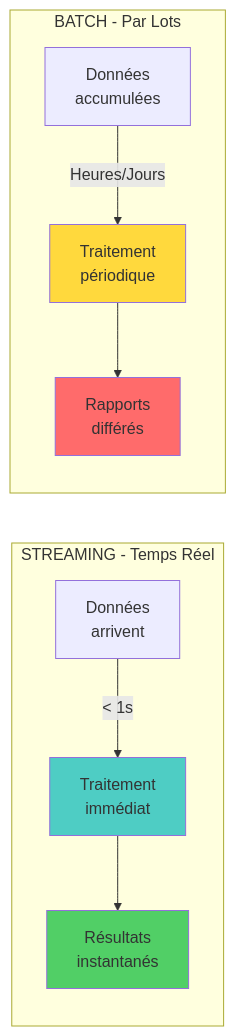
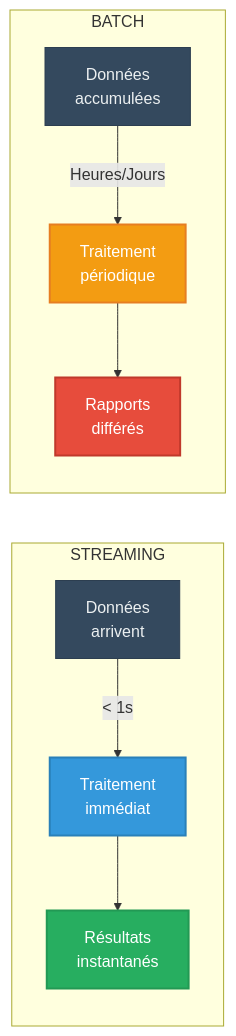
Before and after one commit to inskillflow/AWS-Streaming-Analytics-Pipeline-Kinesis-Firehose-Lambda-OpenSearch: the second of 5 diagrams in FORMATION-PROFESSIONNELLE-PARTIE-1/01-COURS/MODULE-01-Architecture-Streaming-AWS.md, drawn with Mermaid. The commit also changed other lines of this file and 2 other files, not shown here.

````diff
--- a/FORMATION-PROFESSIONNELLE-PARTIE-1/01-COURS/MODULE-01-Architecture-Streaming-AWS.md
+++ b/FORMATION-PROFESSIONNELLE-PARTIE-1/01-COURS/MODULE-01-Architecture-Streaming-AWS.md
@@ -44,17 +43,19 @@
 ```mermaid
 graph LR
-    subgraph "STREAMING - Temps Réel"
+    subgraph "STREAMING"
         A[Données<br/>arrivent] -->|< 1s| B[Traitement<br/>immédiat]
         B --> C[Résultats<br/>instantanés]
     end
     
-    subgraph "BATCH - Par Lots"
+    subgraph "BATCH"
         D[Données<br/>accumulées] -->|Heures/Jours| E[Traitement<br/>périodique]
         E --> F[Rapports<br/>différés]
     end
     
-    style B fill:#4ecdc4
-    style C fill:#51cf66
-    style E fill:#ffd93d
-    style F fill:#ff6b6b
+    style A fill:#34495e,stroke:#2c3e50,color:#ecf0f1
+    style B fill:#3498db,stroke:#2980b9,stroke-width:2px,color:#fff
+    style C fill:#27ae60,stroke:#229954,stroke-width:2px,color:#fff
+    style D fill:#34495e,stroke:#2c3e50,color:#ecf0f1
+    style E fill:#f39c12,stroke:#e67e22,stroke-width:2px,color:#fff
+    style F fill:#e74c3c,stroke:#c0392b,stroke-width:2px,color:#fff
 ```
````
